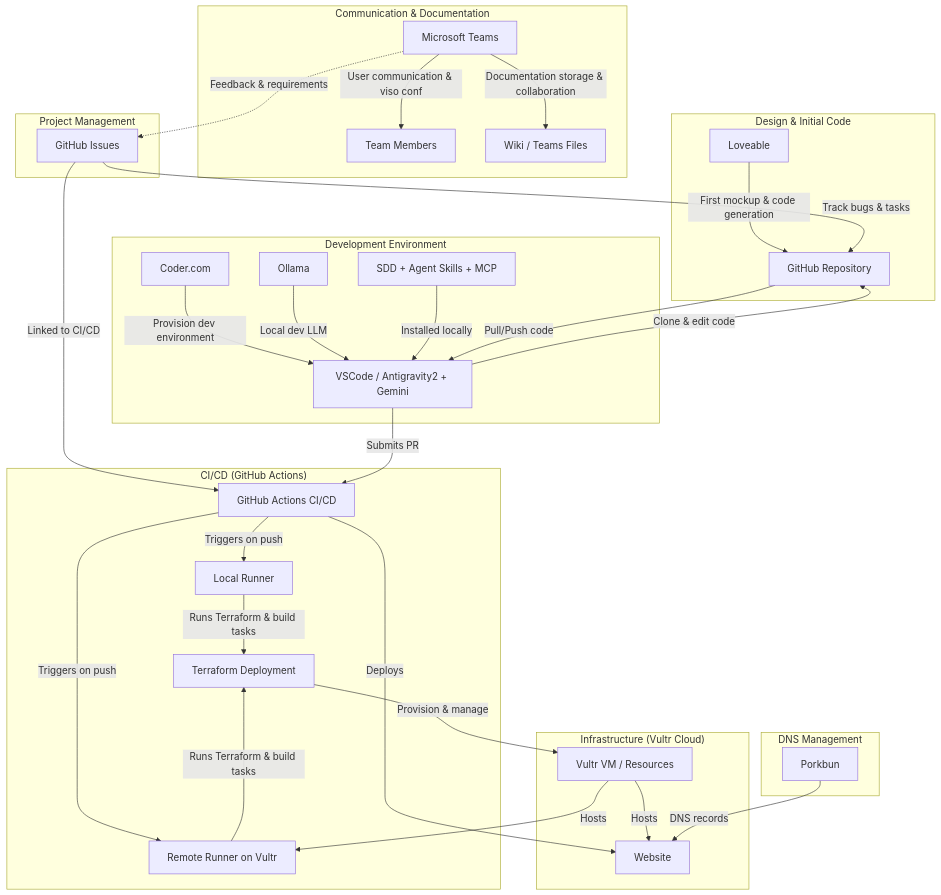
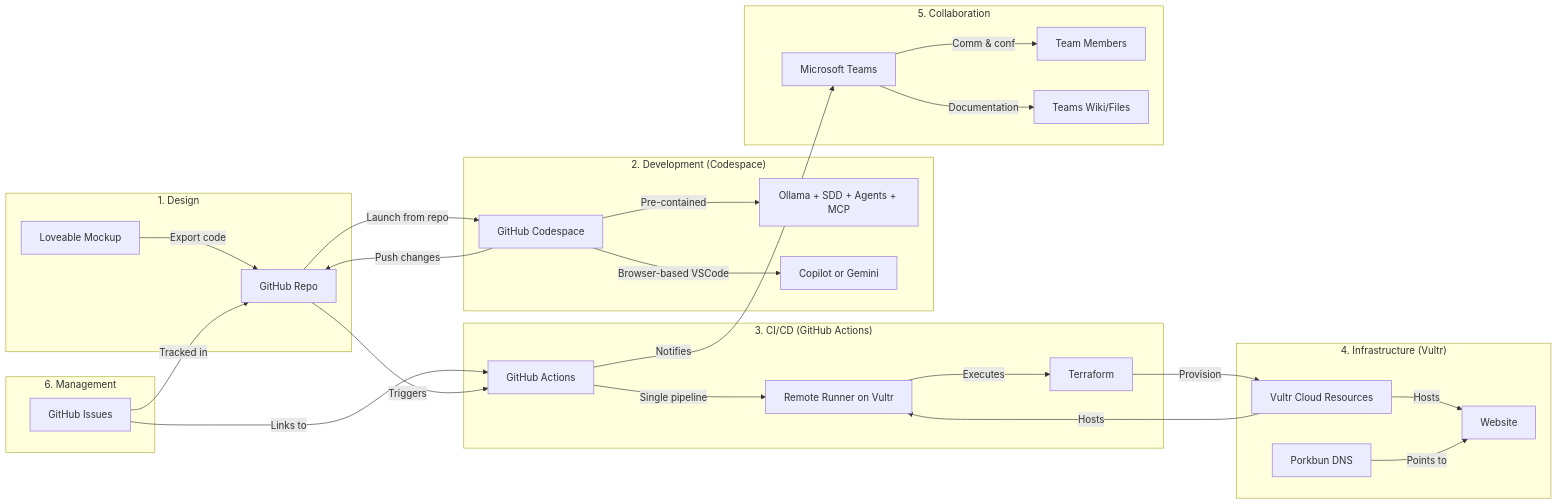
Before and after one commit to smd-ai-lab/tagpro: the diagram in README.md, drawn with Mermaid. The commit also changed other lines of this file, not shown here.

````diff
--- a/README.md
+++ b/README.md
@@ -26,53 +69,38 @@
 ```mermaid
-graph TD
-    %% Phase 1: Design & Code Generation
-    subgraph "Design & Initial Code"
-        A[Loveable] -->|First mockup & code generation| B[GitHub Repository]
+graph LR
+    subgraph "1. Design"
+        A[Loveable Mockup] -->|Export code| B[GitHub Repo]
     end
 
-    %% Phase 2: Development Environment
-    subgraph "Development Environment"
-        C[VSCode / Antigravity2 + Gemini] -->|Clone & edit code| B
-        D[Coder.com] -->|Provision dev environment| C
-        E[Ollama] -->|Local dev LLM| C
-        F[SDD + Agent Skills + MCP] -->|Installed locally| C
-        B -->|Pull/Push code| C
+    subgraph "2. Development (Codespace)"
+        C[GitHub Codespace] -->|Pre-contained| D[Ollama + SDD + Agents + MCP]
+        C -->|Browser-based VSCode| E[Copilot or Gemini]
+        B -->|Launch from repo| C
+        C -->|Push changes| B
     end
 
-    %% Phase 3: CI/CD & Runners
-    subgraph "CI/CD (GitHub Actions)"
-        G[GitHub Actions CI/CD] -->|Triggers on push| H[Local Runner]
-        G -->|Triggers on push| I[Remote Runner on Vultr]
-        H -->|Runs Terraform & build tasks| J[Terraform Deployment]
-        I -->|Runs Terraform & build tasks| J
+    subgraph "3. CI/CD (GitHub Actions)"
+        F[GitHub Actions] -->|Single pipeline| G[Remote Runner on Vultr]
+        G -->|Executes| H[Terraform]
     end
 
-    %% Phase 4: Infrastructure (Terraform + Vultr)
-    subgraph "Infrastructure (Vultr Cloud)"
-        J -->|Provision & manage| K[Vultr VM / Resources]
-        K -->|Hosts| L[Website]
-        K -->|Hosts| I
+    subgraph "4. Infrastructure (Vultr)"
+        H -->|Provision| I[Vultr Cloud Resources]
+        I -->|Hosts| J[Website]
+        I -->|Hosts| G
+        K[Porkbun DNS] -->|Points to| J
     end
 
-    %% Phase 5: DNS Management
-    subgraph "DNS Management"
-        M[Porkbun] -->|DNS records| L
+    subgraph "5. Collaboration"
+        L[Microsoft Teams] -->|Comm & conf| M[Team Members]
+        L -->|Documentation| N[Teams Wiki/Files]
     end
 
-    %% Phase 6: Communication & Documentation
-    subgraph "Communication & Documentation"
-        N[Microsoft Teams] -->|User communication & viso conf| O[Team Members]
-        N -->|Documentation storage & collaboration| P[Wiki / Teams Files]
+    subgraph "6. Management"
+        O[GitHub Issues] -->|Tracked in| B
+        O -->|Links to| F
     end
 
-    %% Phase 7: Issue Tracking
-    subgraph "Project Management"
-        Q[GitHub Issues] -->|Track bugs & tasks| B
-        Q -->|Linked to CI/CD| G
-    end
-
-    %% Connections between major areas
-    C -->|Submits PR| G
-    G -->|Deploys| L
-    N -.->|Feedback & requirements| Q
+    B -->|Triggers| F
+    F -->|Notifies| L
 ```
````
